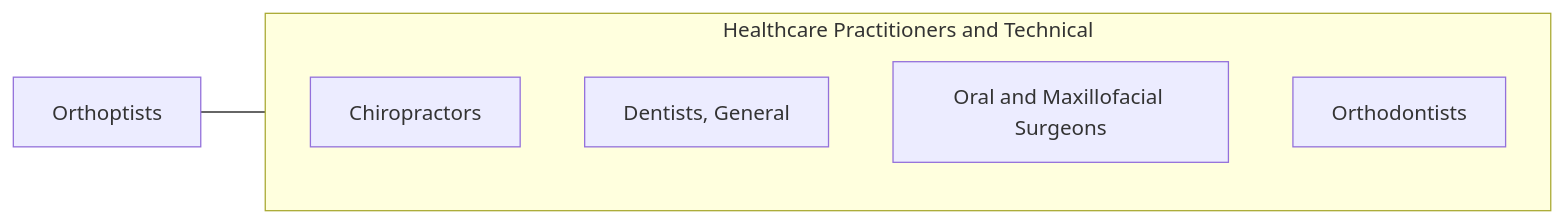
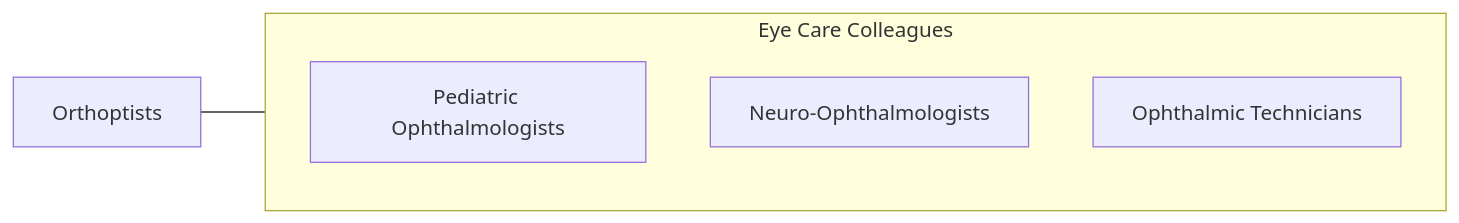
Before and after one commit to kziemski/business.org.ai: the fourth of 4 diagrams in occupations/HealthcarePractitioners/Orthoptists.mdx, drawn with Mermaid. The commit also changed other lines of this file and 938 other files, not shown here.

````diff
--- a/occupations/HealthcarePractitioners/Orthoptists.mdx
+++ b/occupations/HealthcarePractitioners/Orthoptists.mdx
@@ -112,13 +157,12 @@
 ```mermaid
 graph LR
     Current["Orthoptists"]
 
-    subgraph SameCategory["Healthcare Practitioners and Technical"]
-        Chiropractors["Chiropractors"]
-        DentistsGeneral["Dentists, General"]
-        OralAndMaxillofacial["Oral and Maxillofacial Surgeons"]
-        Orthodontists["Orthodontists"]
+    subgraph EyeTeam["Eye Care Colleagues"]
+        PedOphth["Pediatric Ophthalmologists"]
+        NeuroOphth["Neuro-Ophthalmologists"]
+        OphthTechs["Ophthalmic Technicians"]
     end
 
-    Current --- SameCategory
+    Current --- EyeTeam
 ```
````
